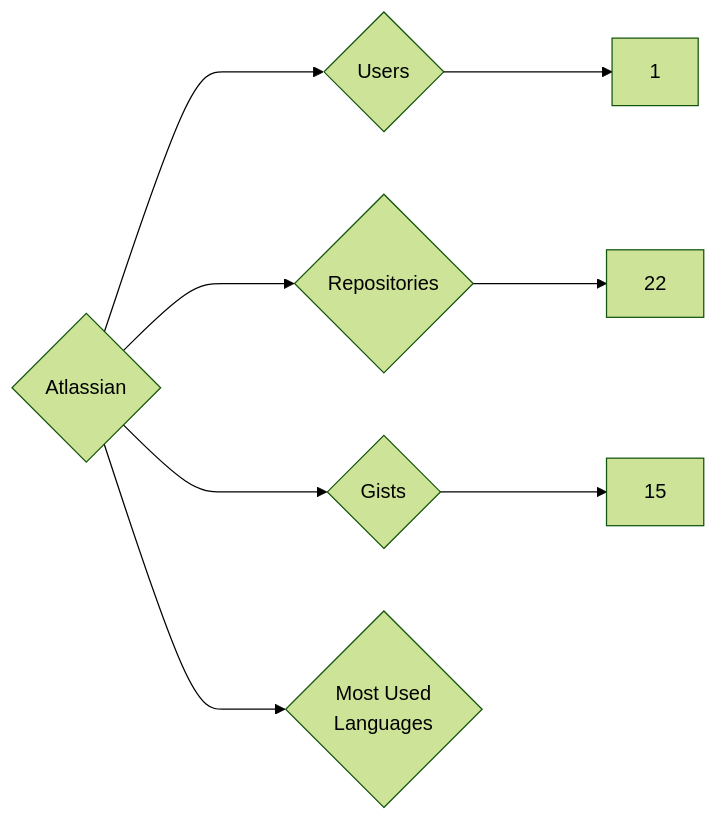
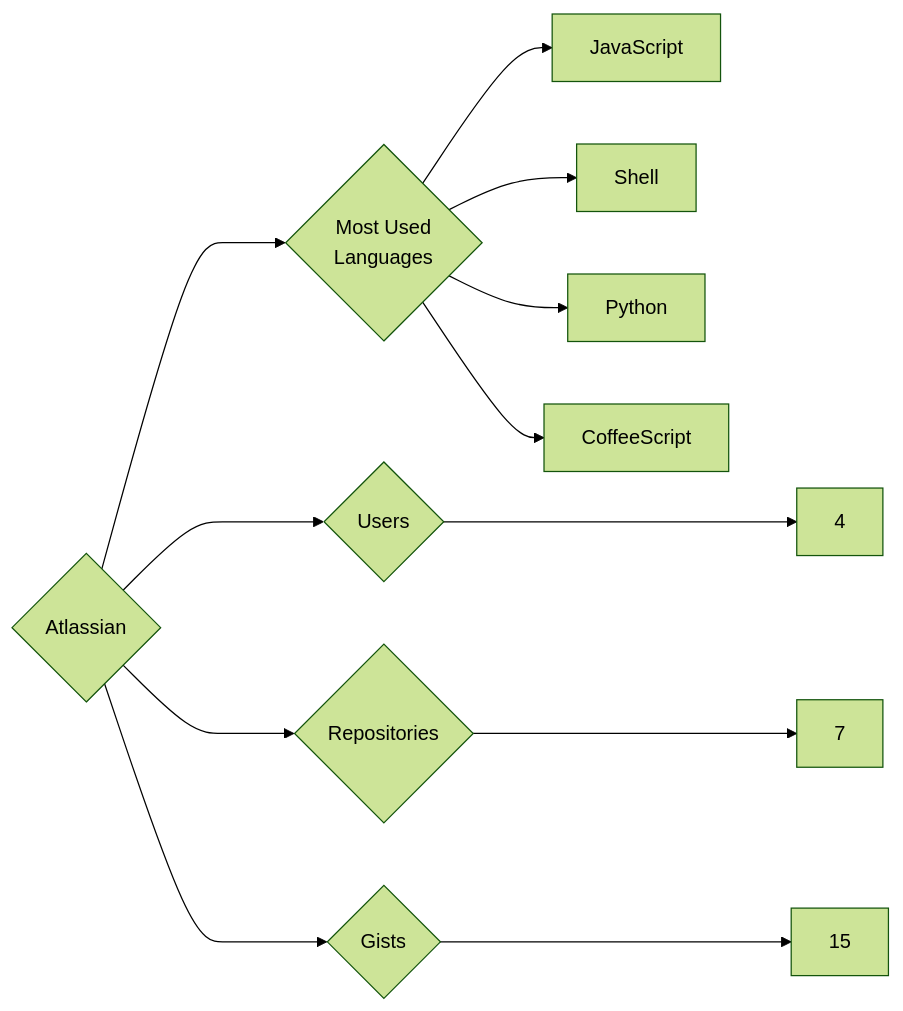
One commit to trickest/insiders changed the diagram in targets/Atlassian/README.md. Above: the diagram before and after it, drawn with Mermaid (forest theme). The commit also changed 1167 other files, not shown here.

````diff
--- a/targets/Atlassian/README.md
+++ b/targets/Atlassian/README.md
@@ -3,8 +3,12 @@
 ```mermaid
 graph LR
 COMPANY_NAME{Atlassian}
-COMPANY_NAME ---> U{Users} ---> UN[1]
-COMPANY_NAME ---> R{Repositories} ---> RN[22]
+COMPANY_NAME ---> U{Users} ---> UN[4]
+COMPANY_NAME ---> R{Repositories} ---> RN[7]
 COMPANY_NAME ---> G{Gists} ---> GN[15]
 COMPANY_NAME ---> ML{Most Used<br>Languages}
+ML --> JavaScript[JavaScript]
+ML --> Shell[Shell]
+ML --> Python[Python]
+ML --> CoffeeScript[CoffeeScript]
 ```
````
